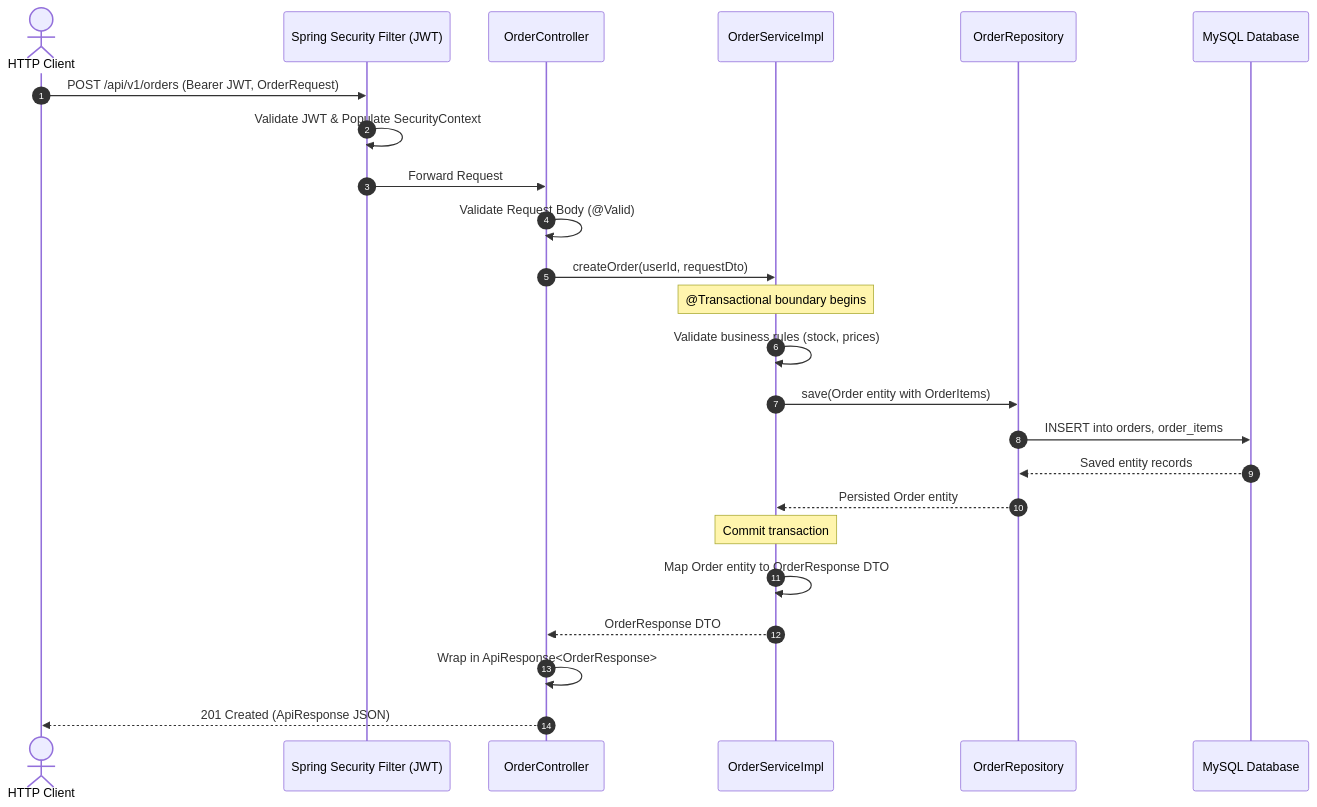
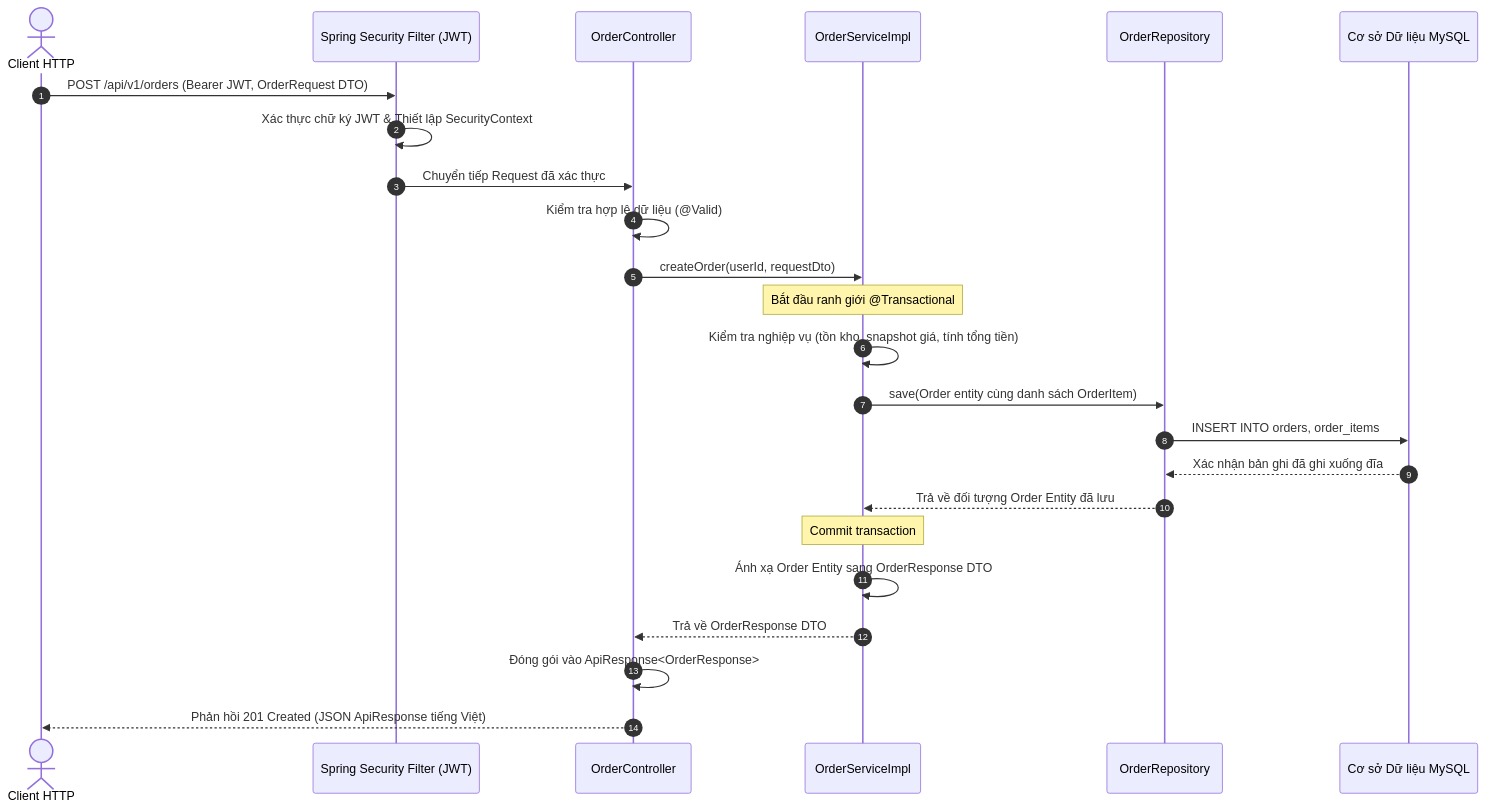
Before and after one commit to Kien04840/ecommerce-backend: the first of 2 diagrams in docs/architecture.md, drawn with Mermaid. The commit also changed other lines of this file and 21 other files, not shown here.

````diff
--- a/docs/architecture.md
+++ b/docs/architecture.md
@@ -169,27 +188,27 @@
 ```mermaid
 sequenceDiagram
     autonumber
-    actor Client as HTTP Client
+    actor Client as Client HTTP
     participant Sec as Spring Security Filter (JWT)
     participant Ctrl as OrderController
     participant Svc as OrderServiceImpl
     participant Repo as OrderRepository
-    participant DB as MySQL Database
+    participant DB as Cơ sở Dữ liệu MySQL
 
-    Client->>Sec: POST /api/v1/orders (Bearer JWT, OrderRequest)
-    Sec->>Sec: Validate JWT & Populate SecurityContext
-    Sec->>Ctrl: Forward Request
-    Ctrl->>Ctrl: Validate Request Body (@Valid)
+    Client->>Sec: POST /api/v1/orders (Bearer JWT, OrderRequest DTO)
+    Sec->>Sec: Xác thực chữ ký JWT & Thiết lập SecurityContext
+    Sec->>Ctrl: Chuyển tiếp Request đã xác thực
+    Ctrl->>Ctrl: Kiểm tra hợp lệ dữ liệu (@Valid)
     Ctrl->>Svc: createOrder(userId, requestDto)
-    Note over Svc: @Transactional boundary begins
-    Svc->>Svc: Validate business rules (stock, prices)
-    Svc->>Repo: save(Order entity with OrderItems)
-    Repo->>DB: INSERT into orders, order_items
-    DB-->>Repo: Saved entity records
-    Repo-->>Svc: Persisted Order entity
+    Note over Svc: Bắt đầu ranh giới @Transactional
+    Svc->>Svc: Kiểm tra nghiệp vụ (tồn kho, snapshot giá, tính tổng tiền)
+    Svc->>Repo: save(Order entity cùng danh sách OrderItem)
+    Repo->>DB: INSERT INTO orders, order_items
+    DB-->>Repo: Xác nhận bản ghi đã ghi xuống đĩa
+    Repo-->>Svc: Trả về đối tượng Order Entity đã lưu
     Note over Svc: Commit transaction
-    Svc->>Svc: Map Order entity to OrderResponse DTO
-    Svc-->>Ctrl: OrderResponse DTO
-    Ctrl->>Ctrl: Wrap in ApiResponse<OrderResponse>
-    Ctrl-->>Client: 201 Created (ApiResponse JSON)
+    Svc->>Svc: Ánh xạ Order Entity sang OrderResponse DTO
+    Svc-->>Ctrl: Trả về OrderResponse DTO
+    Ctrl->>Ctrl: Đóng gói vào ApiResponse<OrderResponse>
+    Ctrl-->>Client: Phản hồi 201 Created (JSON ApiResponse tiếng Việt)
 ```
````
